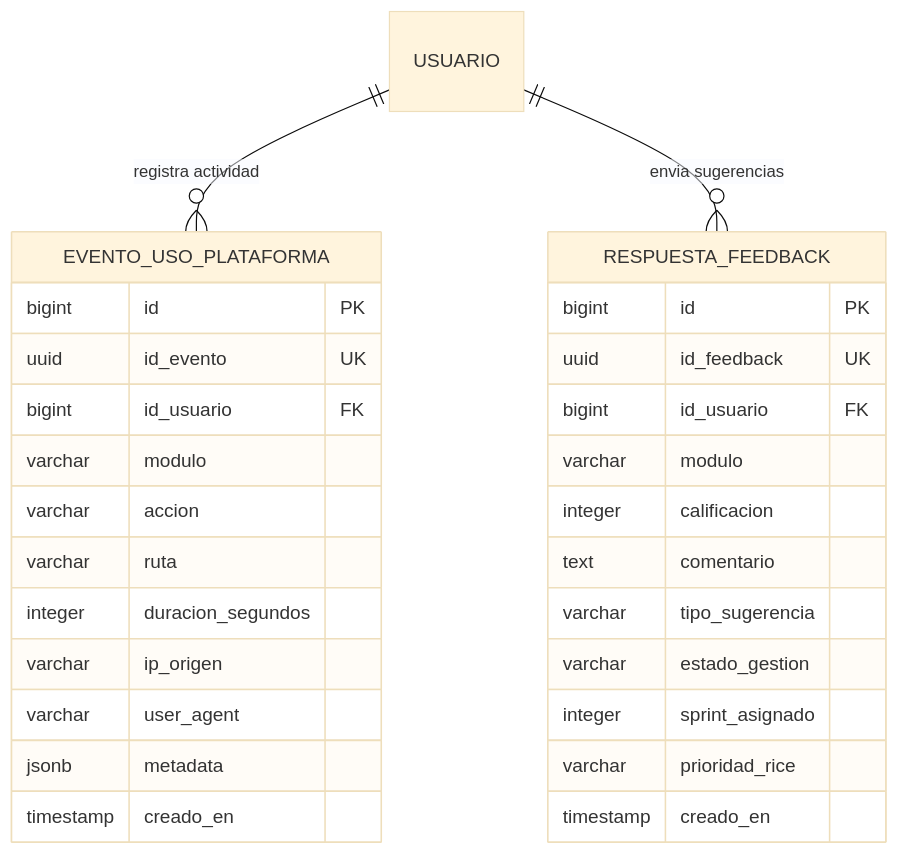
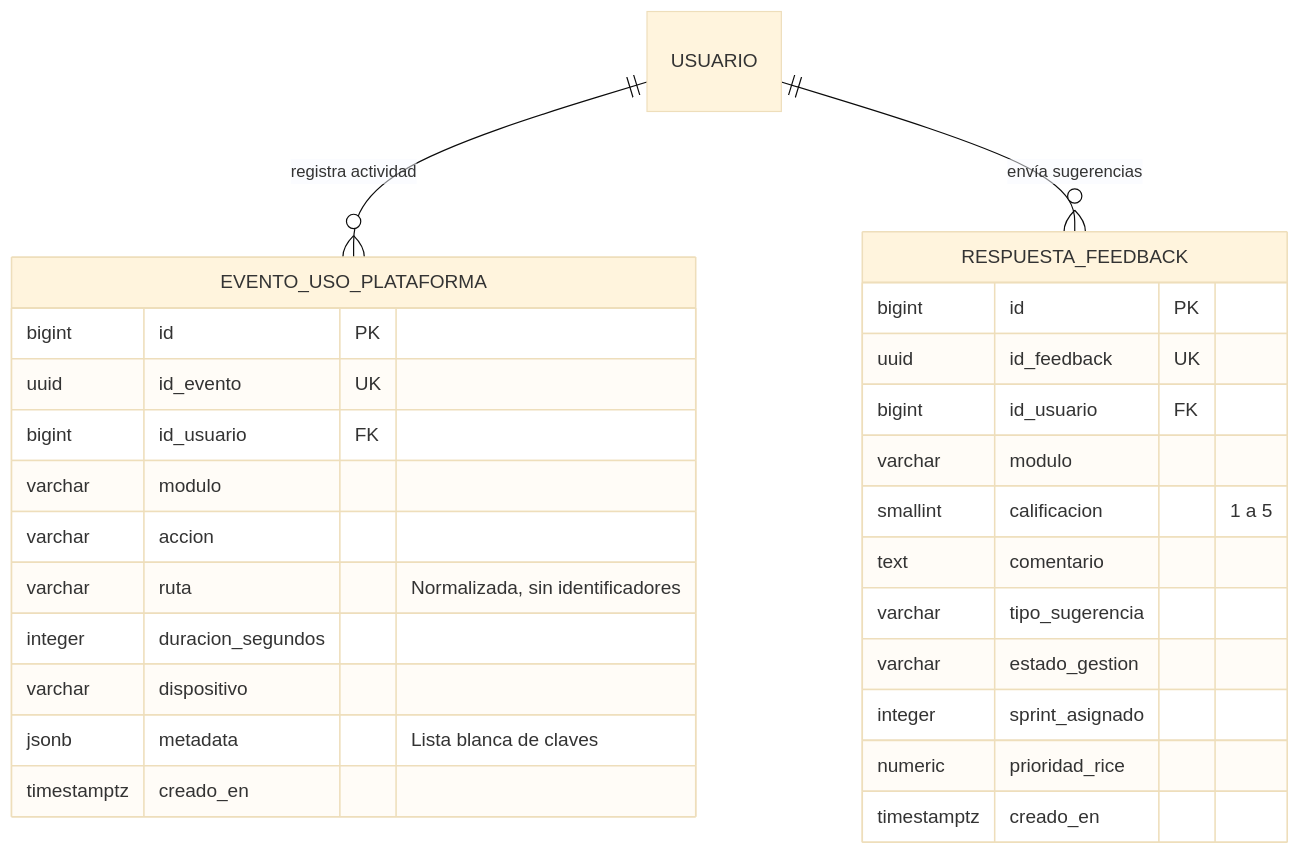
Before and after one commit to jnmontoy/sdd: the diagram in model/telemetria/spec_model_telemetria.md, drawn with Mermaid (base theme). The commit also changed other lines of this file and 152 other files, not shown here.

````diff
--- a/model/telemetria/spec_model_telemetria.md
+++ b/model/telemetria/spec_model_telemetria.md
@@ -11,33 +24,32 @@
 ```mermaid
 erDiagram
     USUARIO ||--o{ EVENTO_USO_PLATAFORMA : "registra actividad"
-    USUARIO ||--o{ RESPUESTA_FEEDBACK : "envia sugerencias"
+    USUARIO ||--o{ RESPUESTA_FEEDBACK : "envía sugerencias"
 
     EVENTO_USO_PLATAFORMA {
         bigint id PK
         uuid id_evento UK
         bigint id_usuario FK
         varchar modulo
         varchar accion
-        varchar ruta
+        varchar ruta "Normalizada, sin identificadores"
         integer duracion_segundos
-        varchar ip_origen
-        varchar user_agent
-        jsonb metadata
-        timestamp creado_en
+        varchar dispositivo
+        jsonb metadata "Lista blanca de claves"
+        timestamptz creado_en
     }
 
     RESPUESTA_FEEDBACK {
         bigint id PK
         uuid id_feedback UK
         bigint id_usuario FK
         varchar modulo
-        integer calificacion
+        smallint calificacion "1 a 5"
         text comentario
         varchar tipo_sugerencia
         varchar estado_gestion
         integer sprint_asignado
-        varchar prioridad_rice
-        timestamp creado_en
+        numeric prioridad_rice
+        timestamptz creado_en
     }
 ```
````
